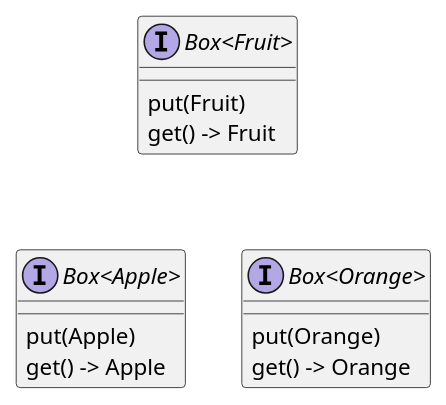
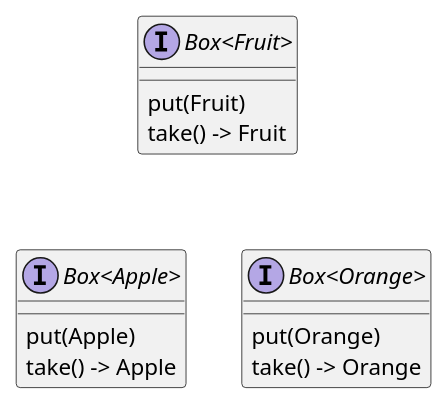
One commit to java-to-kotlin/book changed the diagram in text/src/diagrams/generics-no-variance.plantuml. Above: the diagram before and after it, drawn with PlantUML. The commit also changed 20 other files, not shown here.

```diff
--- a/text/src/diagrams/generics-no-variance.plantuml
+++ b/text/src/diagrams/generics-no-variance.plantuml
@@ -1,20 +1,20 @@
 @startuml
 
 interface "Box<Fruit>" {
     put(Fruit)
-    get() -> Fruit
+    take() -> Fruit
 }
 
 together {
     interface "Box<Orange>" {
         put(Orange)
-        get() -> Orange
+        take() -> Orange
     }
 
     interface "Box<Apple>" {
         put(Apple)
-        get() -> Apple
+        take() -> Apple
     }
 }
 
 @enduml
```
